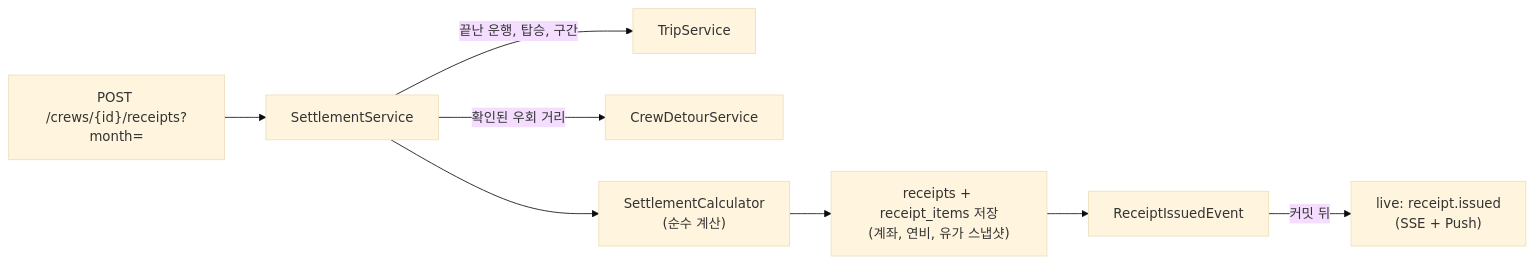
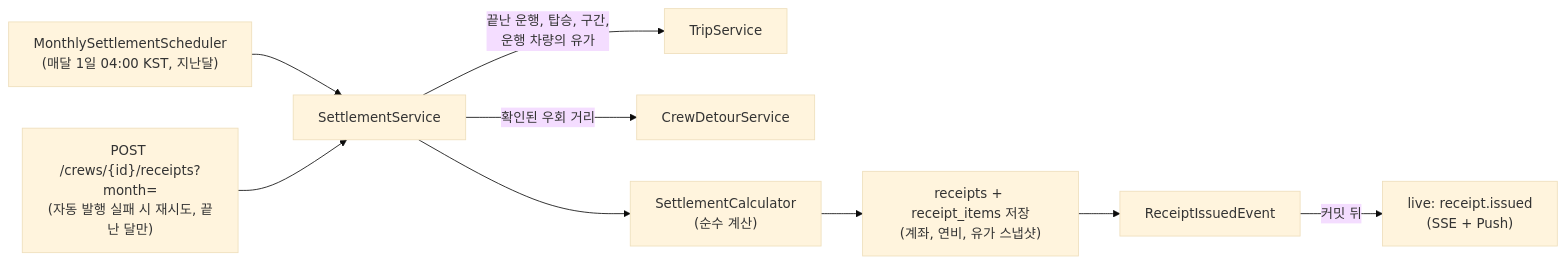
Before and after one commit to hyundai-full-accel/paircar-server: the fourth of 4 diagrams in docs/architecture.md, drawn with Mermaid (base theme). The commit also changed other lines of this file and 44 other files, not shown here.

````diff
--- a/docs/architecture.md
+++ b/docs/architecture.md
@@ -154,10 +154,11 @@
 ```mermaid
 flowchart LR
-    A["POST /crews/{id}/receipts?month="] --> B["SettlementService"]
-    B -- "끝난 운행, 탑승, 구간" --> C["TripService"]
+    S["MonthlySettlementScheduler<br/>(매달 1일 04:00 KST, 지난달)"] --> B["SettlementService"]
+    A["POST /crews/{id}/receipts?month=<br/>(자동 발행 실패 시 재시도, 끝난 달만)"] --> B
+    B -- "끝난 운행, 탑승, 구간,<br/>운행 차량의 유가" --> C["TripService"]
     B -- "확인된 우회 거리" --> D["CrewDetourService"]
     B --> E["SettlementCalculator<br/>(순수 계산)"]
     E --> F["receipts + receipt_items 저장<br/>(계좌, 연비, 유가 스냅샷)"]
     F --> G["ReceiptIssuedEvent"]
     G -- "커밋 뒤" --> H["live: receipt.issued<br/>(SSE + Push)"]
 ```
````
